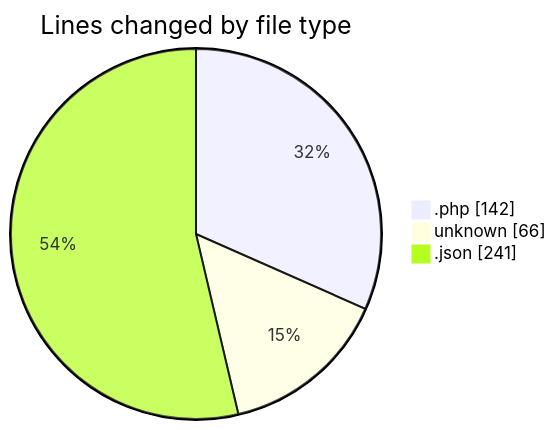
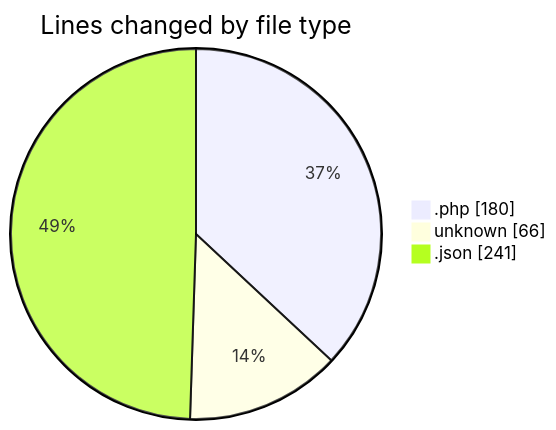
One commit to idhammustaqopulfikri/code-tracking changed the first of 2 diagrams in 2025-04-10/test/README.md. Above: the diagram before and after it, drawn with Mermaid. The commit also changed other lines of this file and 1 other file, not shown here.

````diff
--- a/2025-04-10/test/README.md
+++ b/2025-04-10/test/README.md
@@ -25,7 +26,7 @@
 ```mermaid
 pie showData
 title Lines changed by file type
-".php" : 142
+".php" : 180
 "unknown" : 66
 ".json" : 241
 ```
````
